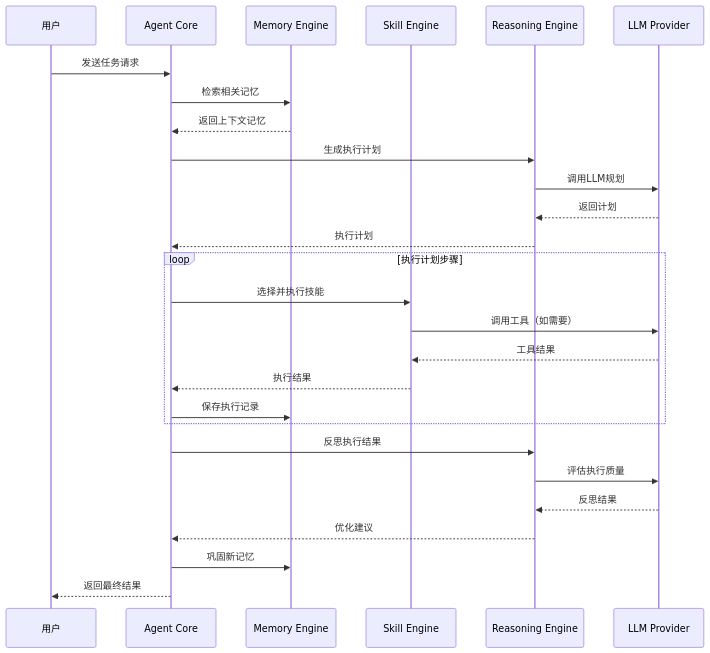
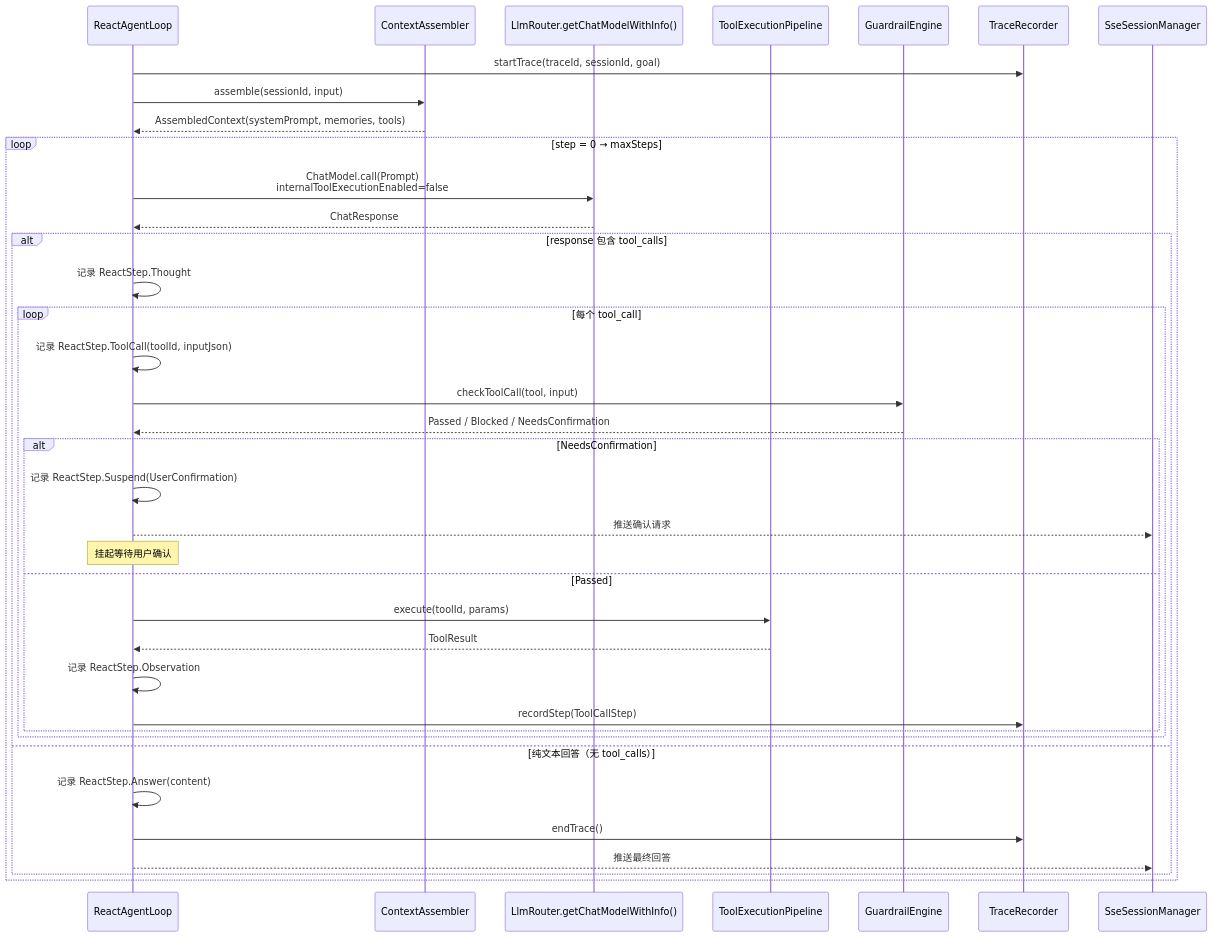
One commit to ntygod/LifePilot changed diagram 14 of 35 in ARCHITECTURE-DIAGRAMS.md. Above: the diagram before and after it, drawn with Mermaid. The commit also changed other lines of this file and 2 other files, not shown here.

````diff
--- a/ARCHITECTURE-DIAGRAMS.md
+++ b/ARCHITECTURE-DIAGRAMS.md
@@ -496,35 +612,43 @@
 ```mermaid
 sequenceDiagram
-    participant User as 用户
-    participant Agent as Agent Core
-    participant Memory as Memory Engine
-    participant Skill as Skill Engine
-    participant Reasoning as Reasoning Engine
-    participant LLM as LLM Provider
+    participant Agent as ReactAgentLoop
+    participant Ctx as ContextAssembler
+    participant LLM as LlmRouter.getChatModelWithInfo()
+    participant Tool as ToolExecutionPipeline
+    participant Guard as GuardrailEngine
+    participant Trace as TraceRecorder
+    participant SSE as SseSessionManager
 
-    User->>Agent: 发送任务请求
-    Agent->>Memory: 检索相关记忆
-    Memory-->>Agent: 返回上下文记忆
-    
-    Agent->>Reasoning: 生成执行计划
-    Reasoning->>LLM: 调用LLM规划
-    LLM-->>Reasoning: 返回计划
-    Reasoning-->>Agent: 执行计划
-    
-    loop 执行计划步骤
-        Agent->>Skill: 选择并执行技能
-        Skill->>LLM: 调用工具（如需要）
-        LLM-->>Skill: 工具结果
-        Skill-->>Agent: 执行结果
-        
-        Agent->>Memory: 保存执行记录
+    Agent->>Trace: startTrace(traceId, sessionId, goal)
+    Agent->>Ctx: assemble(sessionId, input)
+    Ctx-->>Agent: AssembledContext(systemPrompt, memories, tools)
+
+    loop step = 0 → maxSteps
+        Agent->>LLM: ChatModel.call(Prompt)<br/>internalToolExecutionEnabled=false
+        LLM-->>Agent: ChatResponse
+
+        alt response 包含 tool_calls
+            Agent->>Agent: 记录 ReactStep.Thought
+            loop 每个 tool_call
+                Agent->>Agent: 记录 ReactStep.ToolCall(toolId, inputJson)
+                Agent->>Guard: checkToolCall(tool, input)
+                Guard-->>Agent: Passed / Blocked / NeedsConfirmation
+                
+                alt NeedsConfirmation
+                    Agent->>Agent: 记录 ReactStep.Suspend(UserConfirmation)
+                    Agent-->>SSE: 推送确认请求
+                    Note over Agent: 挂起等待用户确认
+                else Passed
+                    Agent->>Tool: execute(toolId, params)
+                    Tool-->>Agent: ToolResult
+                    Agent->>Agent: 记录 ReactStep.Observation
+                    Agent->>Trace: recordStep(ToolCallStep)
+                end
+            end
+        else 纯文本回答（无 tool_calls）
+            Agent->>Agent: 记录 ReactStep.Answer(content)
+            Agent->>Trace: endTrace()
+            Agent-->>SSE: 推送最终回答
+        end
     end
-    
-    Agent->>Reasoning: 反思执行结果
-    Reasoning->>LLM: 评估执行质量
-    LLM-->>Reasoning: 反思结果
-    Reasoning-->>Agent: 优化建议
-    
-    Agent->>Memory: 巩固新记忆
-    Agent-->>User: 返回最终结果
 ```
````
